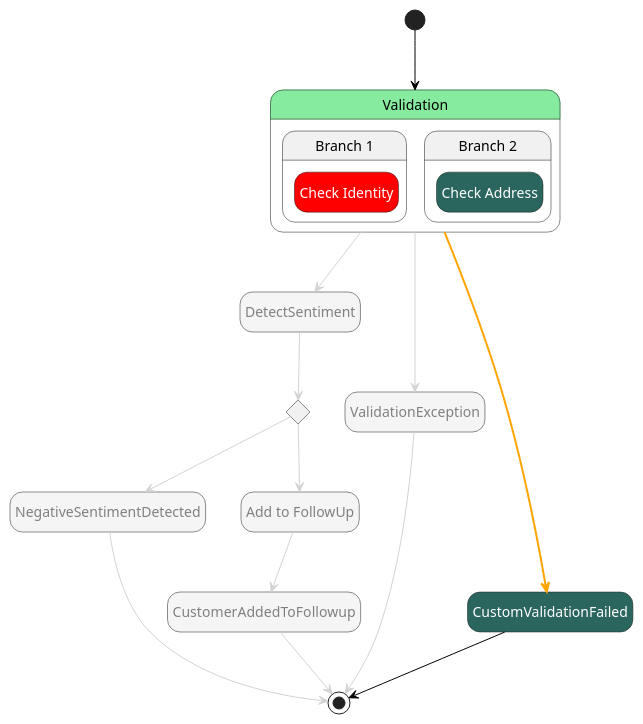
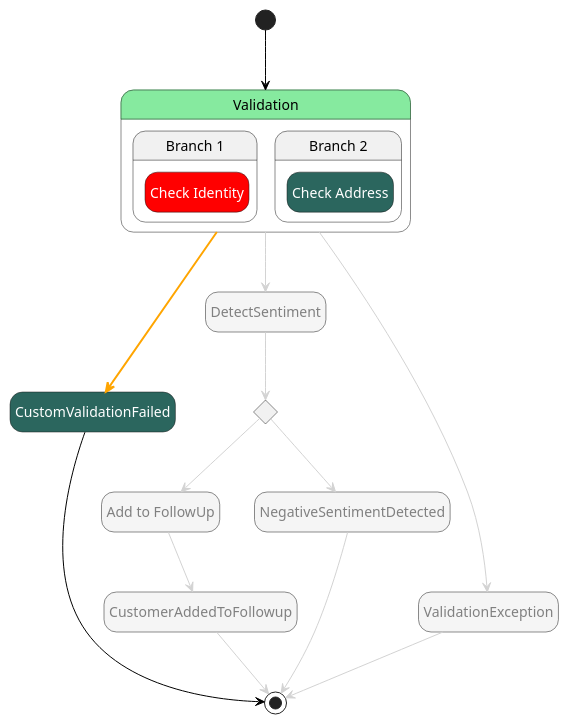
One commit to massfords/asl-mock changed the diagram in src/example-crm/.asl-puml/CustomValidationFailedCatchTest.puml. Above: the diagram before and after it, drawn with PlantUML. The commit also changed other lines of this file and 6 other files, not shown here.

```diff
--- a/src/example-crm/.asl-puml/CustomValidationFailedCatchTest.puml
+++ b/src/example-crm/.asl-puml/CustomValidationFailedCatchTest.puml
@@ -1,52 +1,52 @@
 @startuml
 hide empty description
 skinparam ArrowColor #black
 skinparam state {
 
     BackgroundColor<<Choice>> #whitesmoke
     FontColor<<Choice>> automatic
 
     BackgroundColor<<aslParallel>> #whitesmoke
 
     BackgroundColor<<aslTask>> #lightblue
     FontColor<<aslTask>> automatic
     BackgroundColor<<Compensate>> #orange
     FontColor<<CustomStyle0>> automatic
     BackgroundColor<<CustomStyle0>> #86ea9f
     FontColor<<CustomStyle1>> automatic
     BackgroundColor<<CustomStyle1>> #2b665e
     FontColor<<CustomStyle2>> automatic
     BackgroundColor<<CustomStyle2>> #red
     FontColor<<CustomStyle3>> automatic
     BackgroundColor<<CustomStyle3>> #2b665e
     FontColor<<CustomStyle4>> gray
     BackgroundColor<<CustomStyle4>> #whitesmoke
 }
+state "Add to FollowUp" as state7<<CustomStyle4>>
+state "CustomValidationFailed" as state6<<CustomStyle3>>
+state "CustomerAddedToFollowup" as state8<<CustomStyle4>>
+state "DetectSentiment" as state2<<CustomStyle4>>
+state "Is Positive \nSentiment?" as state4<<Choice>>
+state "NegativeSentimentDetected" as state5<<CustomStyle4>>
 state "Validation" as state1<<CustomStyle0>> {
 state "Branch 1" as state1_1 {
 state "Check Identity" as state9<<CustomStyle2>>
 }
 state "Branch 2" as state1_2 {
 state "Check Address" as state10<<CustomStyle1>>
 }
 }
-state "DetectSentiment" as state2<<CustomStyle4>>
 state "ValidationException" as state3<<CustomStyle4>>
-state "Is Positive \nSentiment?" as state4<<Choice>>
-state "NegativeSentimentDetected" as state5<<CustomStyle4>>
-state "CustomValidationFailed" as state6<<CustomStyle3>>
-state "Add to FollowUp" as state7<<CustomStyle4>>
-state "CustomerAddedToFollowup" as state8<<CustomStyle4>>
 [*] --> state1
 state1 -[#lightgray]-> state2
 state1 -[bold,#orange]-> state6
 state1 -[#lightgray]-> state3
 state2 -[#lightgray]-> state4
 state3 -[#lightgray]-> [*]
 state4 -[#lightgray]-> state7
 state4 -[#lightgray]-> state5
 state5 -[#lightgray]-> [*]
 state6 --> [*]
 state7 -[#lightgray]-> state8
 state8 -[#lightgray]-> [*]
 @enduml
```
